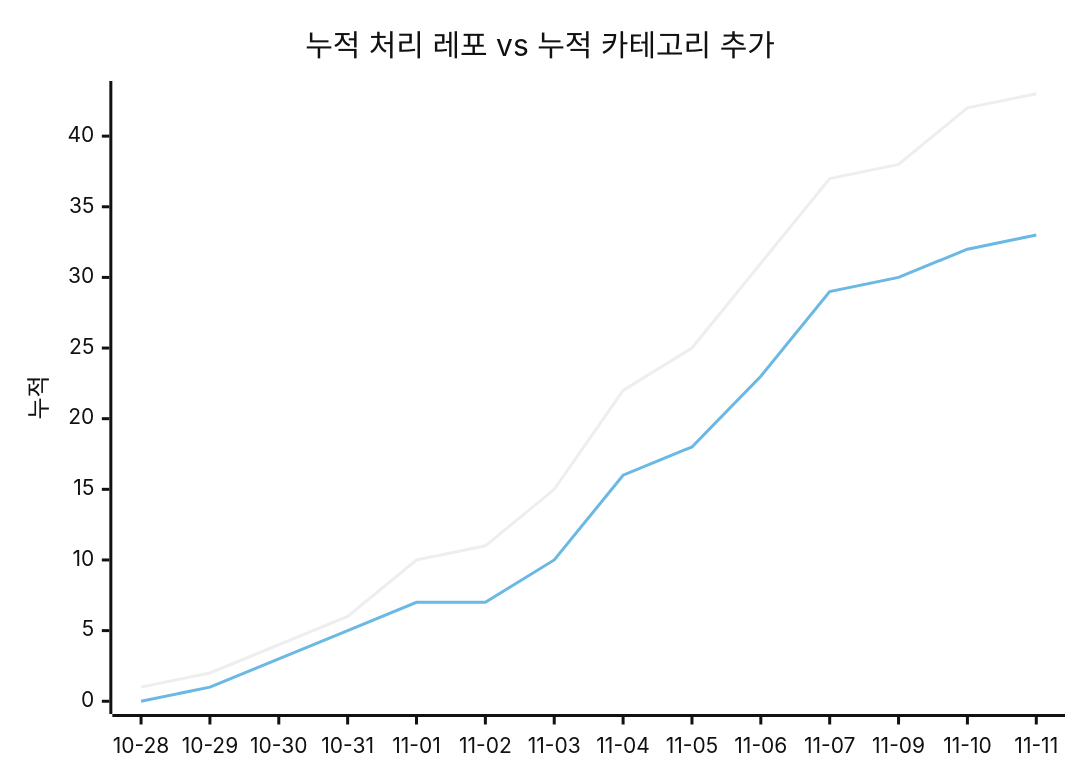
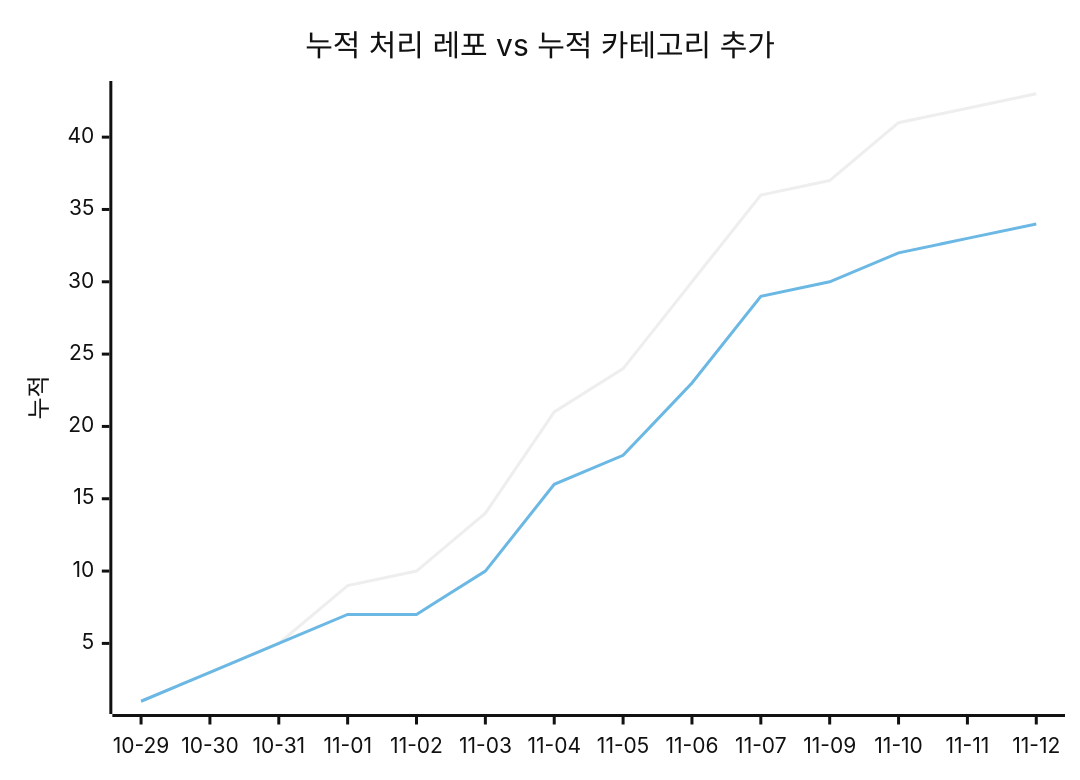
Before and after one commit to J-nowcow/awesome-korean-agent-skills: the second of 2 diagrams in docs/trends.md, drawn with Mermaid (neutral theme). The commit also changed other lines of this file and 3 other files, not shown here.

````diff
--- a/docs/trends.md
+++ b/docs/trends.md
@@ -68,8 +68,8 @@
 ```mermaid
 xychart-beta
     title "누적 처리 레포 vs 누적 카테고리 추가"
-    x-axis ["10-28","10-29","10-30","10-31","11-01","11-02","11-03","11-04","11-05","11-06","11-07","11-09","11-10","11-11"]
+    x-axis ["10-29","10-30","10-31","11-01","11-02","11-03","11-04","11-05","11-06","11-07","11-09","11-10","11-11","11-12"]
     y-axis "누적"
-    line [1,2,4,6,10,11,15,22,25,31,37,38,42,43]
-    line [0,1,3,5,7,7,10,16,18,23,29,30,32,33]
+    line [1,3,5,9,10,14,21,24,30,36,37,41,42,43]
+    line [1,3,5,7,7,10,16,18,23,29,30,32,33,34]
 ```
````
